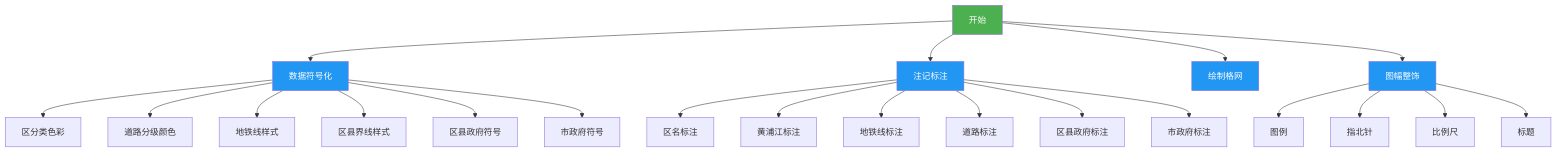
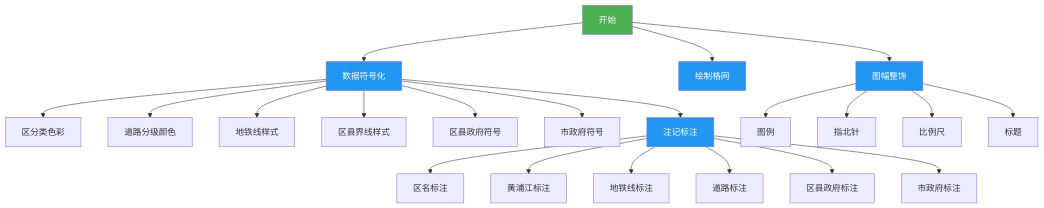
One commit to newguser/iodraw-files changed the diagram in all/未命名.md. Above: the diagram before and after it, drawn with Mermaid.

Commit message:
2025-02-27 10:43:27 update

````diff
--- a/all/未命名.md
+++ b/all/未命名.md
@@ -1,30 +1,30 @@
 ```mermaid
 graph TD
     A[开始] --> B[数据符号化]
     B --> B1[区分类色彩]
     B --> B2[道路分级颜色]
     B --> B3[地铁线样式]
     B --> B4[区县界线样式]
     B --> B5[区县政府符号]
     B --> B6[市政府符号]
 
-    A --> C[注记标注]
+    B --> C[注记标注]
     C --> C1[区名标注]
     C --> C2[黄浦江标注]
     C --> C3[地铁线标注]
     C --> C4[道路标注]
     C --> C5[区县政府标注]
     C --> C6[市政府标注]
 
     A --> D[绘制格网]
     A --> E[图幅整饰]
     E --> E1[图例]
     E --> E2[指北针]
     E --> E3[比例尺]
     E --> E4[标题]
 
 
     style A fill:#4CAF50,color:white
     classDef process fill:#2196F3,color:white;
     class B,C,D,E process
 ```
````
